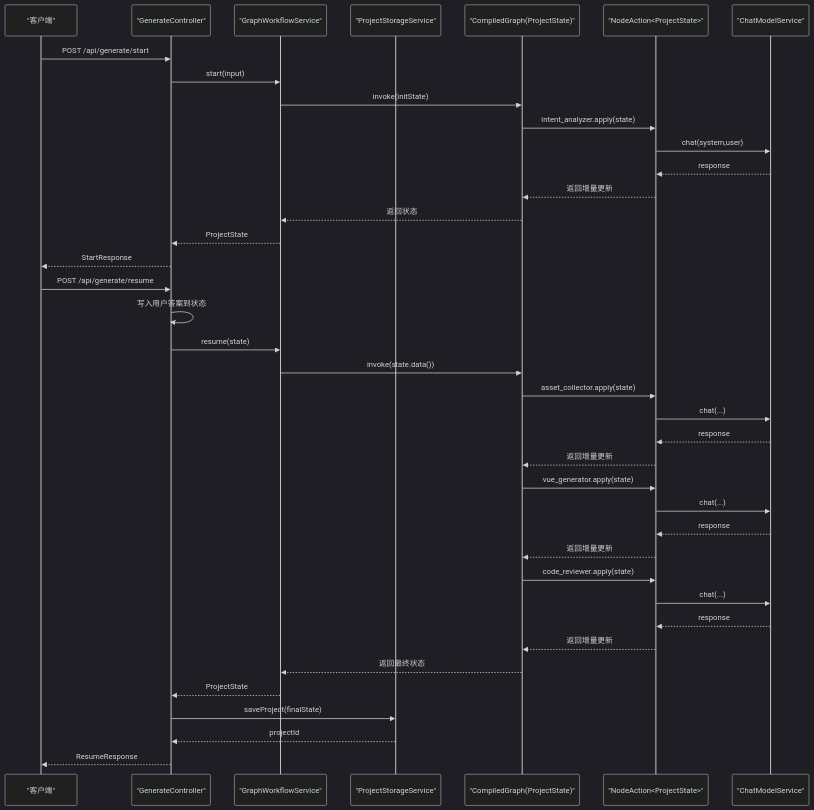
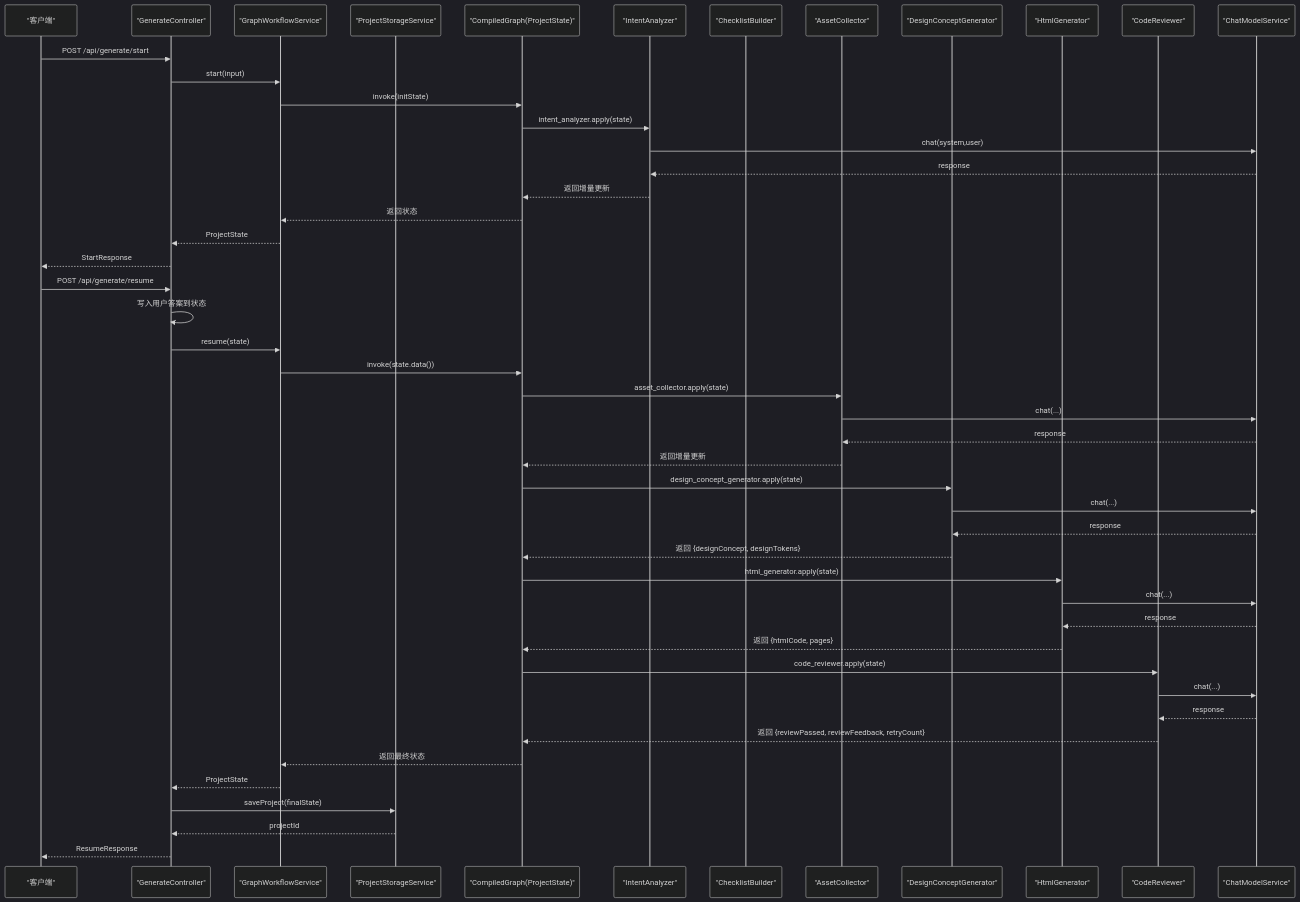
One commit to CyanYuKi/WebSiteFrontendCodeMother changed the second of 7 diagrams in .qoder/repowiki/zh/content/AI工作流系统/工作流引擎核心/项目状态管理.md. Above: the diagram before and after it, drawn with Mermaid (dark theme). The commit also changed other lines of this file and 12 other files, not shown here.

````diff
--- a/.qoder/repowiki/zh/content/AI工作流系统/工作流引擎核心/项目状态管理.md
+++ b/.qoder/repowiki/zh/content/AI工作流系统/工作流引擎核心/项目状态管理.md
@@ -188,41 +216,50 @@
 ```mermaid
 sequenceDiagram
 participant Client as "客户端"
 participant Ctrl as "GenerateController"
 participant Svc as "GraphWorkflowService"
 participant Storage as "ProjectStorageService"
 participant Graph as "CompiledGraph(ProjectState)"
-participant Node as "NodeAction<ProjectState>"
+participant Node1 as "IntentAnalyzer"
+participant Node2 as "ChecklistBuilder"
+participant Node3 as "AssetCollector"
+participant Node4 as "DesignConceptGenerator"
+participant Node5 as "HtmlGenerator"
+participant Node6 as "CodeReviewer"
 participant LLM as "ChatModelService"
 Client->>Ctrl : POST /api/generate/start
 Ctrl->>Svc : start(input)
 Svc->>Graph : invoke(initState)
-Graph->>Node : intent_analyzer.apply(state)
-Node->>LLM : chat(system,user)
-LLM-->>Node : response
-Node-->>Graph : 返回增量更新
+Graph->>Node1 : intent_analyzer.apply(state)
+Node1->>LLM : chat(system,user)
+LLM-->>Node1 : response
+Node1-->>Graph : 返回增量更新
 Graph-->>Svc : 返回状态
 Svc-->>Ctrl : ProjectState
 Ctrl-->>Client : StartResponse
 Client->>Ctrl : POST /api/generate/resume
 Ctrl->>Ctrl : 写入用户答案到状态
 Ctrl->>Svc : resume(state)
 Svc->>Graph : invoke(state.data())
-Graph->>Node : asset_collector.apply(state)
-Node->>LLM : chat(...)
-LLM-->>Node : response
-Node-->>Graph : 返回增量更新
-Graph->>Node : vue_generator.apply(state)
-Node->>LLM : chat(...)
-LLM-->>Node : response
-Node-->>Graph : 返回增量更新
-Graph->>Node : code_reviewer.apply(state)
-Node->>LLM : chat(...)
-LLM-->>Node : response
-Node-->>Graph : 返回增量更新
+Graph->>Node3 : asset_collector.apply(state)
+Node3->>LLM : chat(...)
+LLM-->>Node3 : response
+Node3-->>Graph : 返回增量更新
+Graph->>Node4 : design_concept_generator.apply(state)
+Node4->>LLM : chat(...)
+LLM-->>Node4 : response
+Node4-->>Graph : 返回 {designConcept, designTokens}
+Graph->>Node5 : html_generator.apply(state)
+Node5->>LLM : chat(...)
+LLM-->>Node5 : response
+Node5-->>Graph : 返回 {htmlCode, pages}
+Graph->>Node6 : code_reviewer.apply(state)
+Node6->>LLM : chat(...)
+LLM-->>Node6 : response
+Node6-->>Graph : 返回 {reviewPassed, reviewFeedback, retryCount}
 Graph-->>Svc : 返回最终状态
 Svc-->>Ctrl : ProjectState
 Ctrl->>Storage : saveProject(finalState)
 Storage-->>Ctrl : projectId
 Ctrl-->>Client : ResumeResponse
 ```
````
